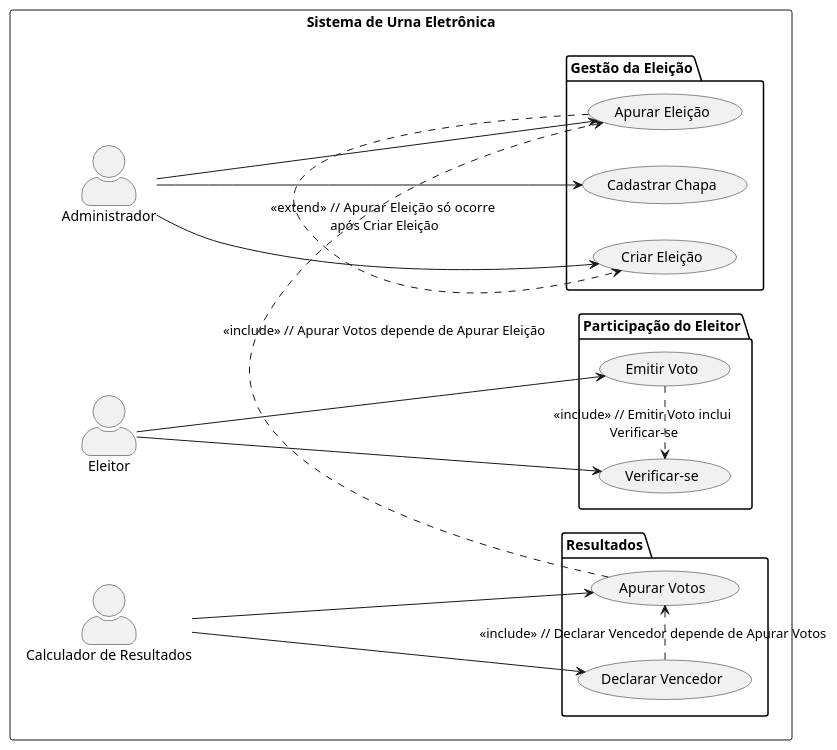
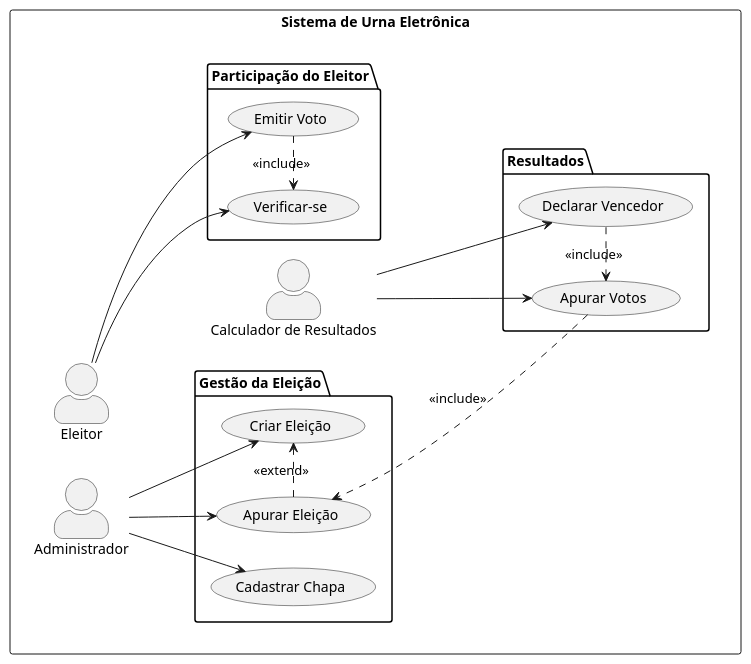
Before and after one commit to Bields190/Urna: the diagram in UML/UML_DCU.puml, drawn with PlantUML. The commit also changed 3 other files, not shown here.

```diff
--- a/UML/UML_DCU.puml
+++ b/UML/UML_DCU.puml
@@ -1,42 +1,48 @@
 @startuml SISTEMA DE URNA ELETRONICA - DIAGRAMA DE CASOS DE USO
 skinparam actorstyle awesome
-
 left to right direction
 
 rectangle "Sistema de Urna Eletrônica" {
-  actor "Administrador" as admin
-  actor "Eleitor" as eleitor
-  actor "Calculador de Resultados" as calc
-
-  package "Gestão da Eleição" {
-    (Criar Eleição) as CE
-    (Apurar Eleição) as AE
-    (Cadastrar Chapa) as CC
+  
+  '--- Primeira coluna:
+  together {
+    actor "Administrador" as admin
+    package "Gestão da Eleição" {
+      (Criar Eleição) as CE
+      (Apurar Eleição) as AE
+      (Cadastrar Chapa) as CC
+    }
+    actor "Eleitor" as eleitor
   }
 
-  package "Participação do Eleitor" {
-    (Verificar-se) as VER
-    (Emitir Voto) as EV
+  '--- Segunda coluna:
+  together {
+    package "Participação do Eleitor" {
+      (Verificar-se) as VER
+      (Emitir Voto) as EV
+    }
+    actor "Calculador de Resultados" as calc
+    package "Resultados" {
+      (Apurar Votos) as AV
+      (Declarar Vencedor) as DV
+    }
   }
 
-  package "Resultados" {
-    (Apurar Votos) as AV
-    (Declarar Vencedor) as DV
-  }
   '--- Relações de atores
   admin --> CE
   admin --> AE
   admin --> CC
 
   eleitor --> VER
   eleitor --> EV
 
   calc --> AV
   calc --> DV
+
   '--- Relações de dependência
-  EV .> VER : <<include>> // Emitir Voto inclui \nVerificar-se
-  AE .> CE : <<extend>>  // Apurar Eleição só ocorre \napós Criar Eleição
-  AV .> AE : <<include>> // Apurar Votos depende de Apurar Eleição
-  DV .> AV : <<include>> // Declarar Vencedor depende de Apurar Votos
+  EV .> VER : <<include>>
+  AE .> CE : <<extend>>
+  AV .> AE : <<include>>
+  DV .> AV : <<include>>
 }
 @enduml
```
